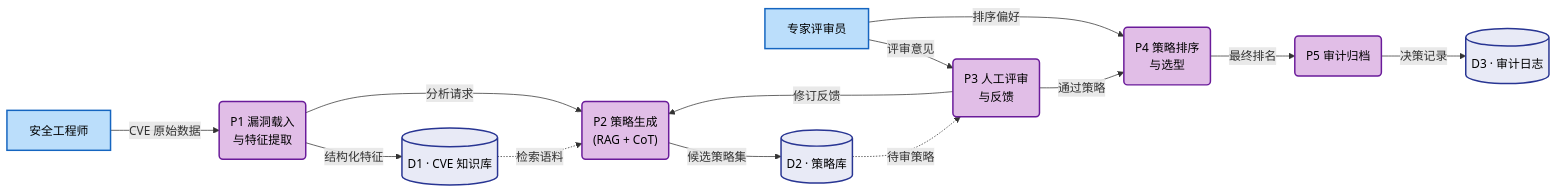
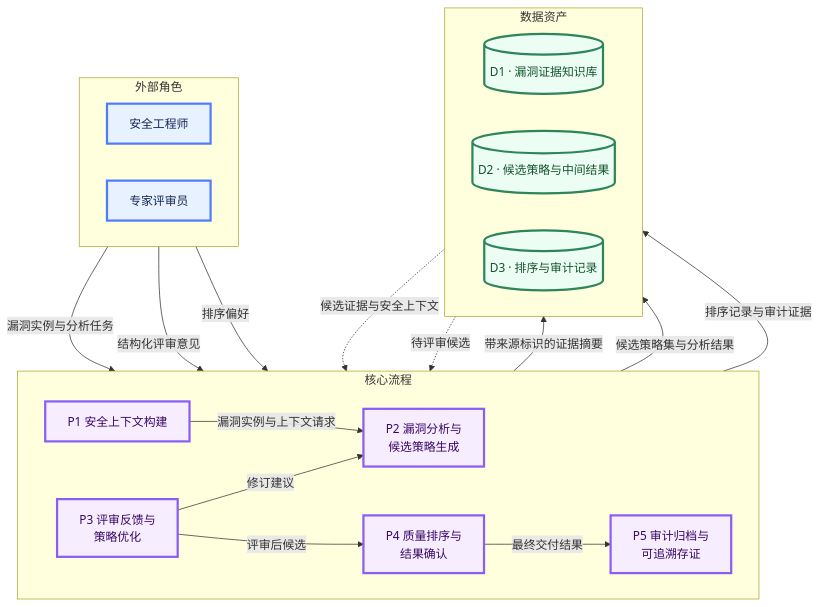
The diagram in images/chap4/data_flow_audit.mmd (Ivanbeethoven/ustb_graduator_paper), drawn with Mermaid before and after one commit. The commit also changed 25 other files, not shown here.

```diff
--- a/images/chap4/data_flow_audit.mmd
+++ b/images/chap4/data_flow_audit.mmd
@@ -1,37 +1,51 @@
-flowchart LR
-    %% 数据流图 (DFD Level-1) — KPEAgent 防控闭环（横向）
-    classDef process fill:#e1bee7,stroke:#6a1b9a,stroke-width:2px,color:#000
-    classDef store fill:#e8eaf6,stroke:#283593,stroke-width:2px,color:#000
-    classDef entity fill:#bbdefb,stroke:#1565c0,stroke-width:2px,color:#000
+%%{init: {
+  'theme': 'base',
+  'themeVariables': {
+    'fontSize': '48px',
+    'fontFamily': '"Microsoft YaHei","PingFang SC","Noto Sans SC",sans-serif',
+    'lineColor': '#64748b',
+    'primaryTextColor': '#1f2937',
+    'clusterBkg': '#f8fafc',
+    'clusterBorder': '#cbd5e1'
+  }
+}}%%
+flowchart TB
+    classDef entity fill:#e8f1ff,stroke:#4f7cff,stroke-width:3px,color:#172554
+    classDef process fill:#f6edff,stroke:#8b5cf6,stroke-width:3px,color:#3b0764
+    classDef store fill:#ecfdf3,stroke:#2f855a,stroke-width:3px,color:#14532d
 
-    %% 外部实体
-    User["安全工程师"]:::entity
-    Expert["专家评审员"]:::entity
+    subgraph role_row["外部角色"]
+        direction LR
+        User["安全工程师"]:::entity
+        Expert["专家评审员"]:::entity
+    end
 
-    %% 数据存储
-    D1[("D1 · CVE 知识库")]:::store
-    D2[("D2 · 策略库")]:::store
-    D3[("D3 · 审计日志")]:::store
+    subgraph process_row["核心流程"]
+        direction LR
+        P1["P1 安全上下文构建"]:::process
+        P2["P2 漏洞分析与<br/>候选策略生成"]:::process
+        P3["P3 评审反馈与<br/>策略优化"]:::process
+        P4["P4 质量排序与<br/>结果确认"]:::process
+        P5["P5 审计归档与<br/>可追溯存证"]:::process
+    end
 
-    %% 处理过程
-    P1("P1 漏洞载入\n与特征提取"):::process
-    P2("P2 策略生成\n(RAG + CoT)"):::process
-    P3("P3 人工评审\n与反馈"):::process
-    P4("P4 策略排序\n与选型"):::process
-    P5("P5 审计归档"):::process
+    subgraph data_row["数据资产"]
+        direction LR
+        D1[("D1 · 漏洞证据知识库")]:::store
+        D2[("D2 · 候选策略与中间结果")]:::store
+        D3[("D3 · 排序与审计记录")]:::store
+    end
 
-    %% 数据流
-    User -->|"CVE 原始数据"| P1
-    P1 -->|"结构化特征"| D1
-    D1 -.->|"检索语料"| P2
-    P1 -->|"分析请求"| P2
-    P2 -->|"候选策略集"| D2
+    User -->|"漏洞实例与分析任务"| P1
+    Expert -->|"结构化评审意见"| P3
+    Expert -->|"排序偏好"| P4
 
-    D2 -.->|"待审策略"| P3
-    Expert -->|"评审意见"| P3
-    P3 -->|"修订反馈"| P2
-
-    P3 -->|"通过策略"| P4
-    Expert -->|"排序偏好"| P4
-    P4 -->|"最终排名"| P5
-    P5 -->|"决策记录"| D3
+    P1 -->|"带来源标识的证据摘要"| D1
+    D1 -.->|"候选证据与安全上下文"| P2
+    P1 -->|"漏洞实例与上下文请求"| P2
+    P2 -->|"候选策略集与分析结果"| D2
+    D2 -.->|"待评审候选"| P3
+    P3 -->|"修订建议"| P2
+    P3 -->|"评审后候选"| P4
+    P4 -->|"最终交付结果"| P5
+    P5 -->|"排序记录与审计证据"| D3
```
